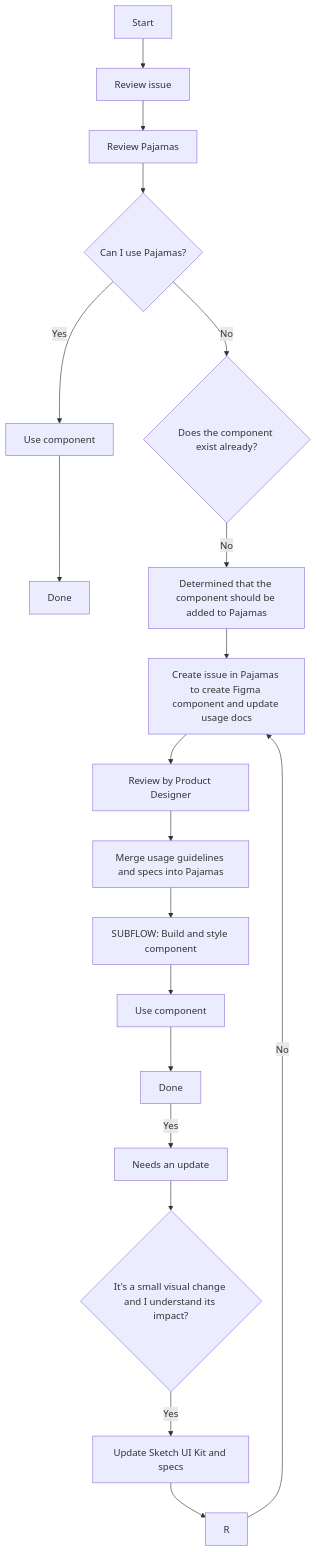
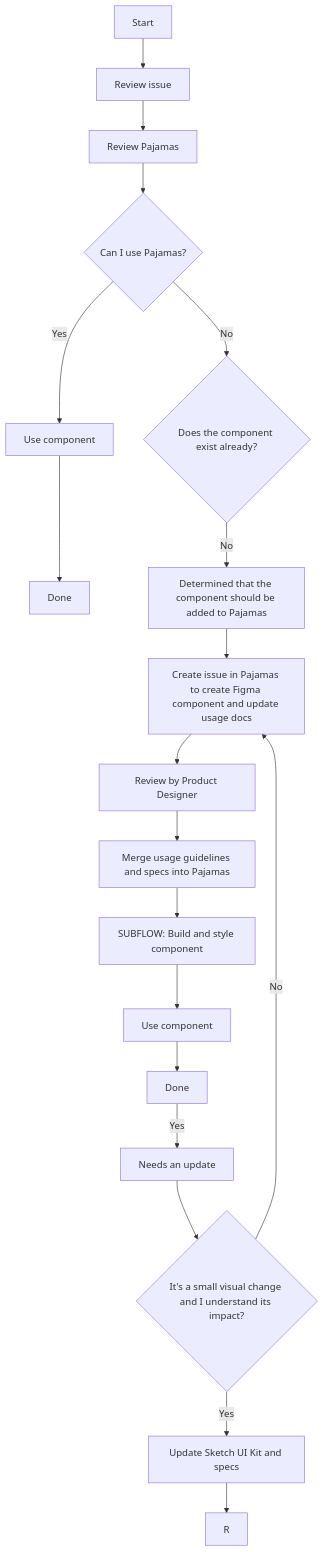
Before and after one commit to khulnasoft-lab/design.khulnasoft.com: the diagram in doc/component-lifecycle.md, drawn with Mermaid.

Commit message:
Change R to P

````diff
--- a/doc/component-lifecycle.md
+++ b/doc/component-lifecycle.md
@@ -64,24 +64,24 @@
 ```mermaid
 graph TD;
 A[Start] -->B[Review issue]
 B--> C[Review Pajamas]
 click C "https://design.gitlab.com"
 C-->D{Can I use Pajamas?}
 D -->|Yes| E[Use component]
 E --> F[Done]
 D -->|No| G{Does the component exist already?}
 G-->|No| H[Determined that the component should be added to Pajamas]
 H-->I[Create issue in Pajamas to create Figma component and update usage docs]
 click I "https://gitlab.com/gitlab-org/gitlab-services/design.gitlab.com/issues/new"
 I-->J[Review by Product Designer]
 J-->K[Merge usage guidelines and specs into Pajamas]
 K-->L[SUBFLOW: Build and style component]
 click L "https://gitlab.com/gitlab-org/gitlab-ui/blob/master/doc/component-lifecycle.md"
 L-->M[Use component]
 M-->N[Done]
 N-->|Yes| O[Needs an update]
 O-->P{It's a small visual change and I understand its impact?}
 P-->|Yes| Q[Update Sketch UI Kit and specs]
 Q-->R
-R-->|No| I
+P-->|No| I
 ```
````
